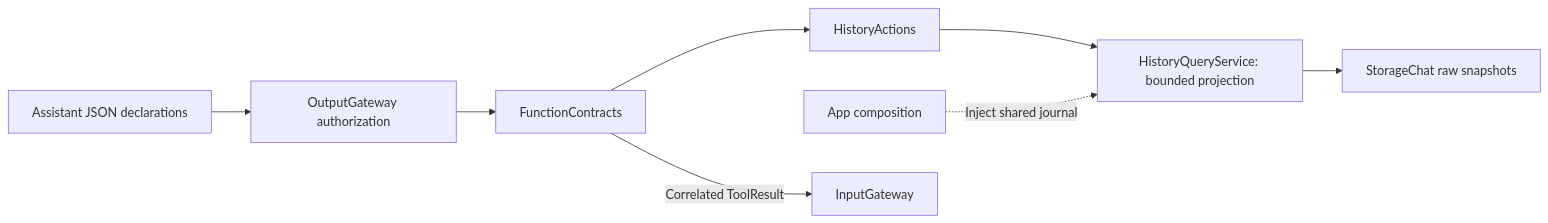
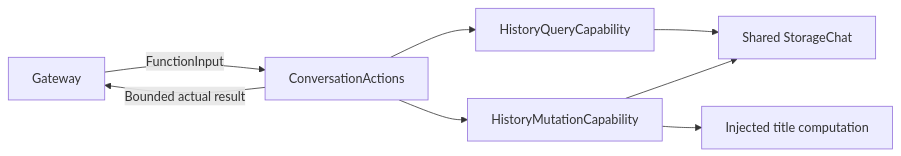
Before and after one commit to devilyouwei/MobileHarness: the diagram in MobileHarness/Actions/History/README.md, drawn with Mermaid. The commit also changed other lines of this file and 116 other files, not shown here.

````diff
--- a/MobileHarness/Actions/History/README.md
+++ b/MobileHarness/Actions/History/README.md
@@ -17,10 +15,10 @@
 ```mermaid
 flowchart LR
-    JSON[Assistant JSON declarations] --> Gateway[OutputGateway authorization]
-    Gateway --> Runtime[FunctionContracts]
-    Runtime --> Entries[HistoryActions]
-    Entries --> Service[HistoryQueryService: bounded projection]
-    App[App composition] -.->|Inject shared journal| Service
-    Service --> Store[StorageChat raw snapshots]
-    Runtime -->|Correlated ToolResult| Input[InputGateway]
+ Gateway -->|FunctionInput| History[ConversationActions]
+ History --> Query[HistoryQueryCapability]
+ History --> Mutation[HistoryMutationCapability]
+ Query --> Storage[Shared StorageChat]
+ Mutation --> Storage
+ Mutation --> Title[Injected title computation]
+ History -->|Bounded actual result| Gateway
 ```
````
